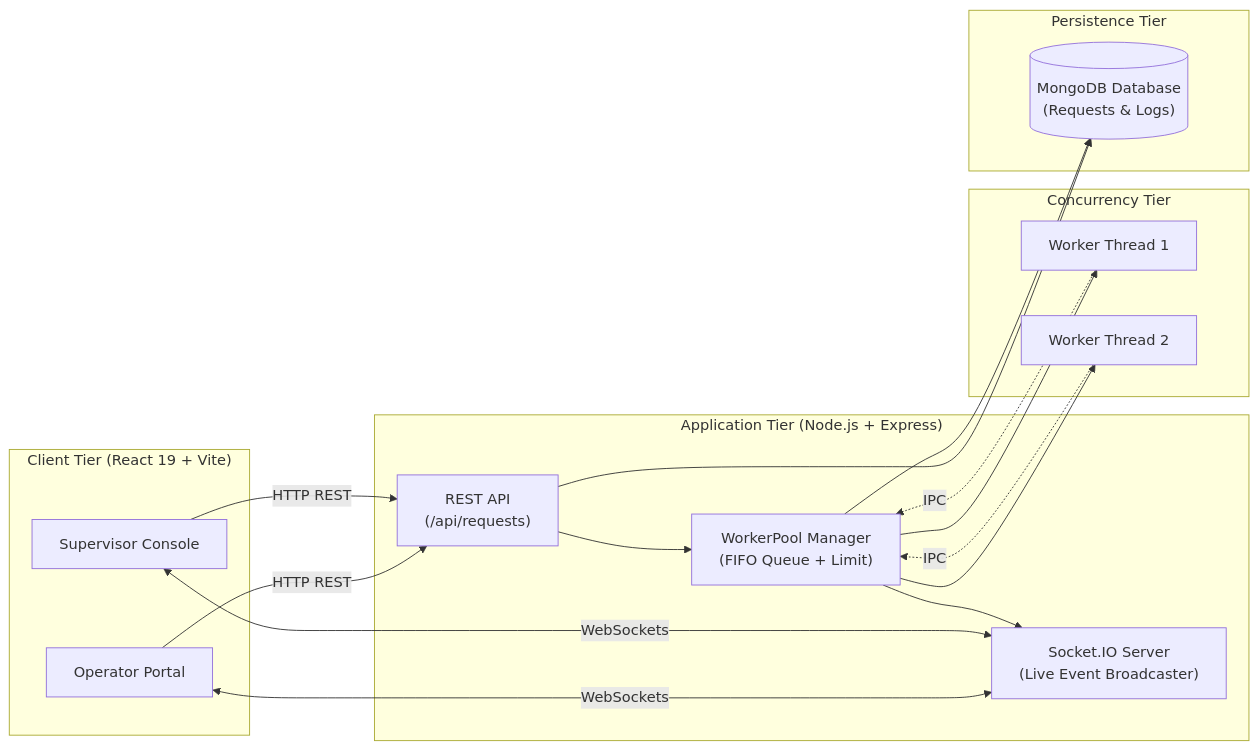
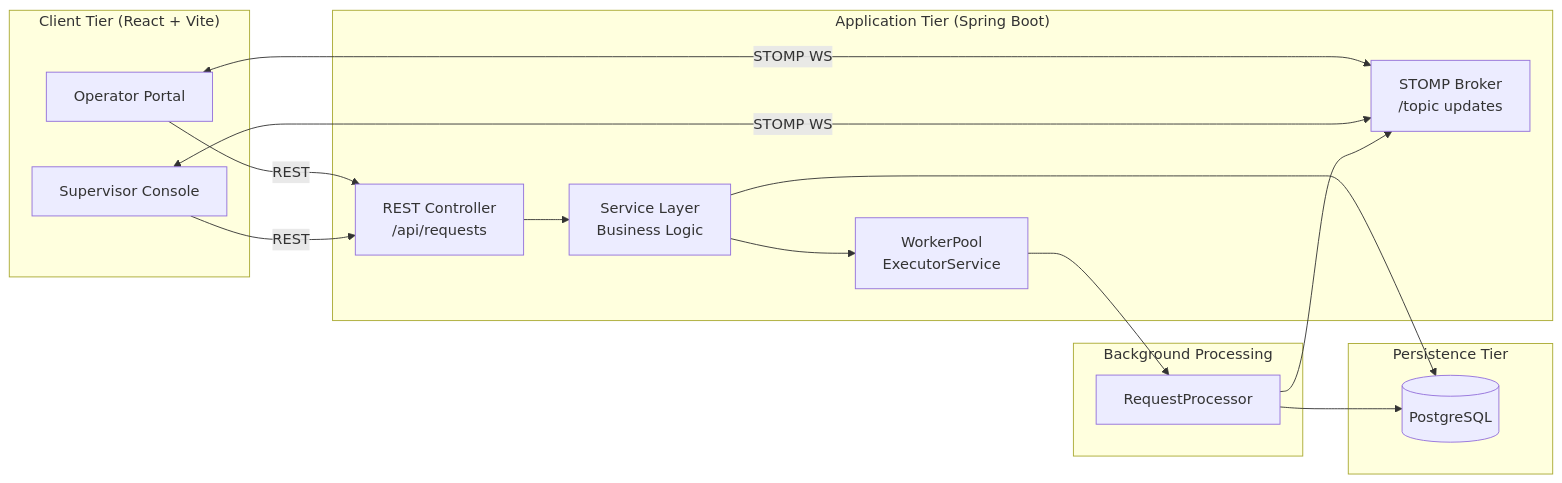
One commit to Aoishy/Service-Request-in-SpringBoot changed the diagram in README.md. Above: the diagram before and after it, drawn with Mermaid. The commit also changed other lines of this file and 4 other files, not shown here.

````diff
--- a/README.md
+++ b/README.md
@@ -34,36 +33,34 @@
 ```mermaid
 flowchart LR
-    subgraph Frontend ["Client Tier (React 19 + Vite)"]
+    subgraph Frontend["Client Tier (React + Vite)"]
         Operator["Operator Portal"]
         Supervisor["Supervisor Console"]
     end
 
-    subgraph Backend ["Application Tier (Node.js + Express)"]
-        REST["REST API\n(/api/requests)"]
-        SocketServer["Socket.IO Server\n(Live Event Broadcaster)"]
-        WorkerPool["WorkerPool Manager\n(FIFO Queue + Limit)"]
+    subgraph Backend["Application Tier (Spring Boot)"]
+        Controller["REST Controller\n/api/requests"]
+        Service["Service Layer\nBusiness Logic"]
+        WebSocket["STOMP Broker\n/topic updates"]
+        WorkerPool["WorkerPool\nExecutorService"]
     end
 
-    subgraph Workers ["Concurrency Tier"]
-        W1["Worker Thread 1"]
-        W2["Worker Thread 2"]
+    subgraph Processing["Background Processing"]
+        RequestProcessor["RequestProcessor"]
     end
 
-    subgraph Database ["Persistence Tier"]
-        MongoDB[("MongoDB Database\n(Requests & Logs)")]
+    subgraph Database["Persistence Tier"]
+        Postgres[("PostgreSQL")]
     end
 
-    Operator -->|HTTP REST| REST
-    Supervisor -->|HTTP REST| REST
-    Operator <-->|WebSockets| SocketServer
-    Supervisor <-->|WebSockets| SocketServer
+    Operator -->|REST| Controller
+    Supervisor -->|REST| Controller
+    Operator <-->|STOMP WS| WebSocket
+    Supervisor <-->|STOMP WS| WebSocket
 
-    REST --> WorkerPool
-    REST --> MongoDB
-    WorkerPool --> W1
-    WorkerPool --> W2
-    W1 -.->|IPC| WorkerPool
-    W2 -.->|IPC| WorkerPool
-    WorkerPool --> MongoDB
-    WorkerPool --> SocketServer
+    Controller --> Service
+    Service --> WorkerPool
+    Service --> Postgres
+    WorkerPool --> RequestProcessor
+    RequestProcessor --> Postgres
+    RequestProcessor --> WebSocket
 ```
````
